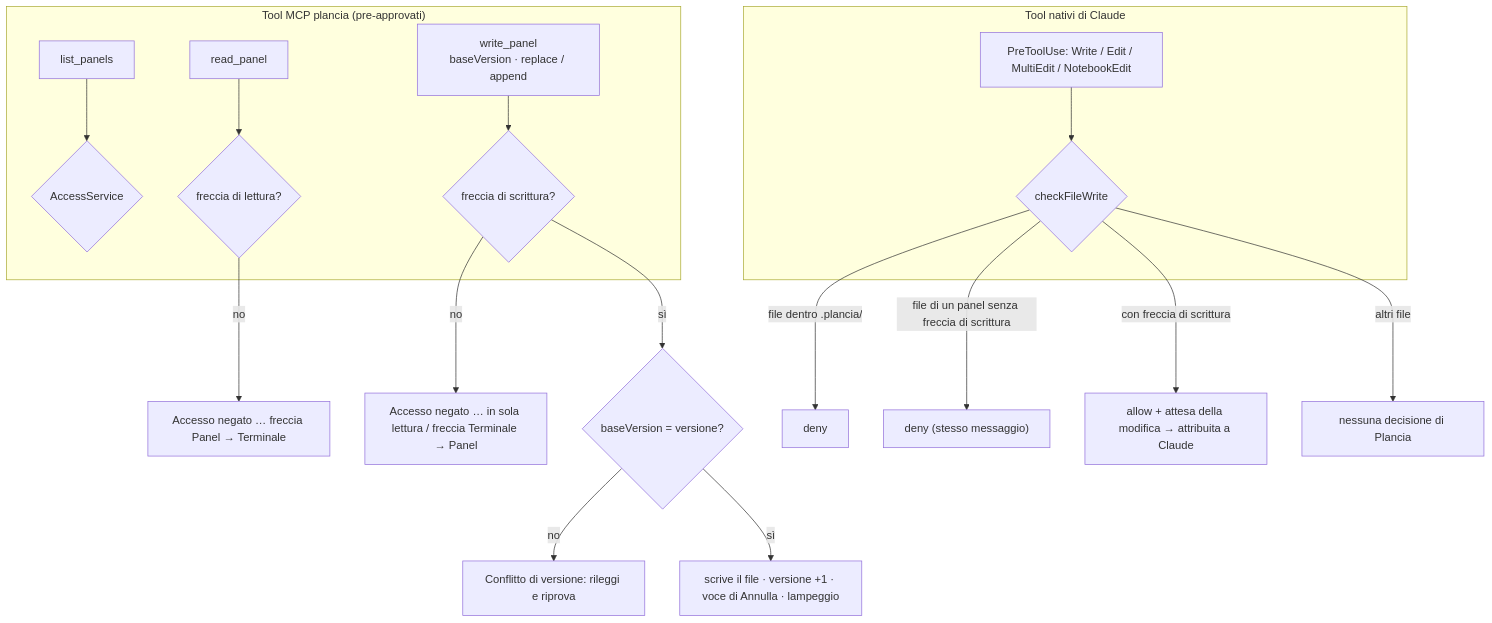
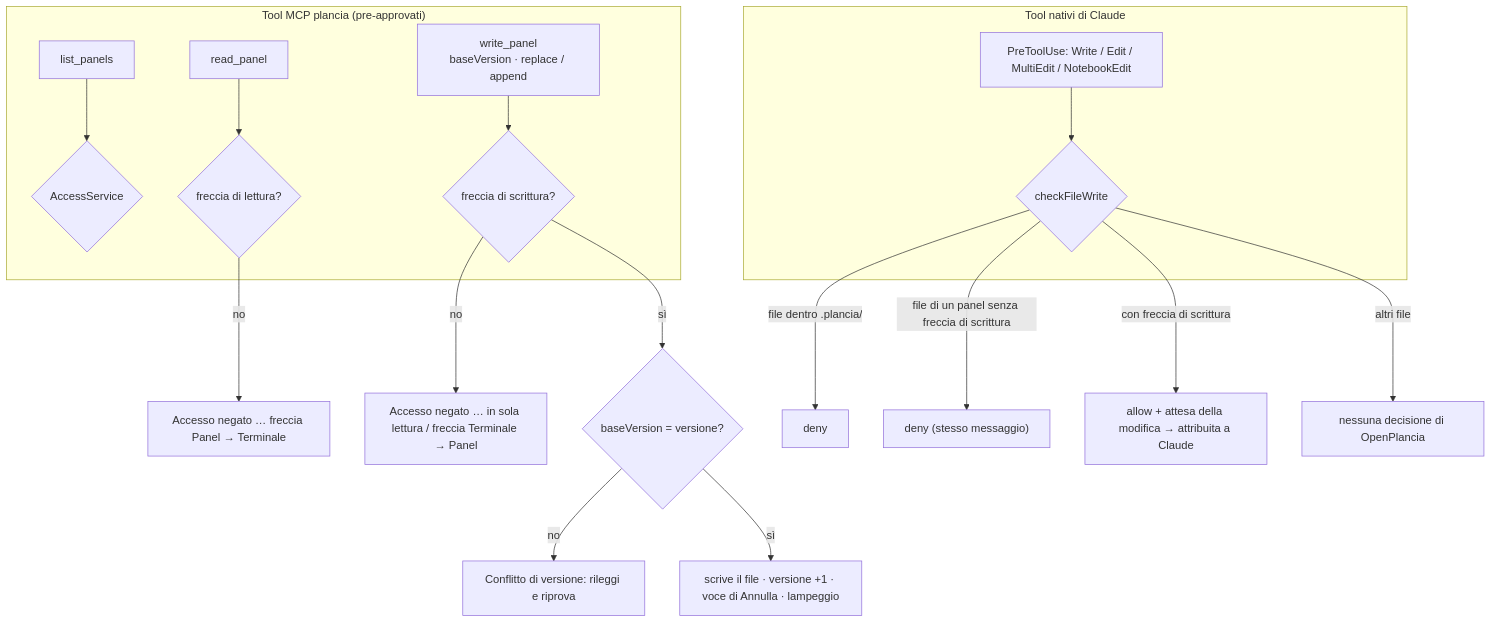
Diagram 11 of 13 in ARCHITECTURE.md (Marco-Pagnanini/OpenPlancia), drawn with Mermaid before and after one commit. The commit also changed other lines of this file and 33 other files, not shown here.

First line of the commit message:
feat: rename to OpenPlancia and add a home screen

````diff
--- a/ARCHITECTURE.md
+++ b/ARCHITECTURE.md
@@ -359,21 +359,21 @@
 ```mermaid
 flowchart TB
   subgraph MCP["Tool MCP plancia (pre-approvati)"]
     L["list_panels"] --> A1{"AccessService"}
     R["read_panel"] --> A2{"freccia di lettura?"}
     W["write_panel<br/>baseVersion · replace / append"] --> A3{"freccia di scrittura?"}
   end
   A2 -- no --> E1["Accesso negato … freccia Panel → Terminale"]
   A3 -- no --> E2["Accesso negato … in sola lettura / freccia Terminale → Panel"]
   A3 -- sì --> V{"baseVersion = versione?"}
   V -- no --> E3["Conflitto di versione: rileggi e riprova"]
   V -- sì --> OK["scrive il file · versione +1 · voce di Annulla · lampeggio"]
 
   subgraph NAT["Tool nativi di Claude"]
     T["PreToolUse: Write / Edit / MultiEdit / NotebookEdit"] --> P{"checkFileWrite"}
   end
   P -- "file dentro .plancia/" --> D1["deny"]
   P -- "file di un panel senza freccia di scrittura" --> D2["deny (stesso messaggio)"]
   P -- "con freccia di scrittura" --> AL["allow + attesa della modifica → attribuita a Claude"]
-  P -- "altri file" --> NO["nessuna decisione di Plancia"]
+  P -- "altri file" --> NO["nessuna decisione di OpenPlancia"]
 ```
````
